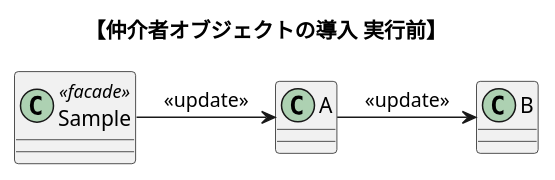
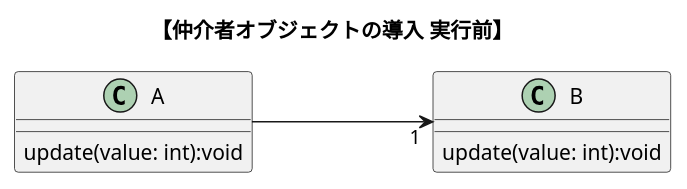
The diagram in puml/classes/before_introduce_mediator.puml (nitta-lab/TwoStagesModelingExperiments), drawn with PlantUML before and after one commit. The commit also changed 17 other files, not shown here.

```diff
--- a/puml/classes/before_introduce_mediator.puml
+++ b/puml/classes/before_introduce_mediator.puml
@@ -1,11 +1,14 @@
 @startuml map_class_push_CFD
 title "【仲介者オブジェクトの導入 実行前】"
+left to right direction
 
-class "A"
-class "B"
-class "Sample"<<facade>>
+class "A"{
+    update(value: int):void
+}
+class "B"{
+    update(value: int):void
+}
 
-"Sample" -right-> "A" : <<update>>
-"A" -right-> "B" : <<update>>
+"A" ---> "1" "B"
 
 @enduml
```
